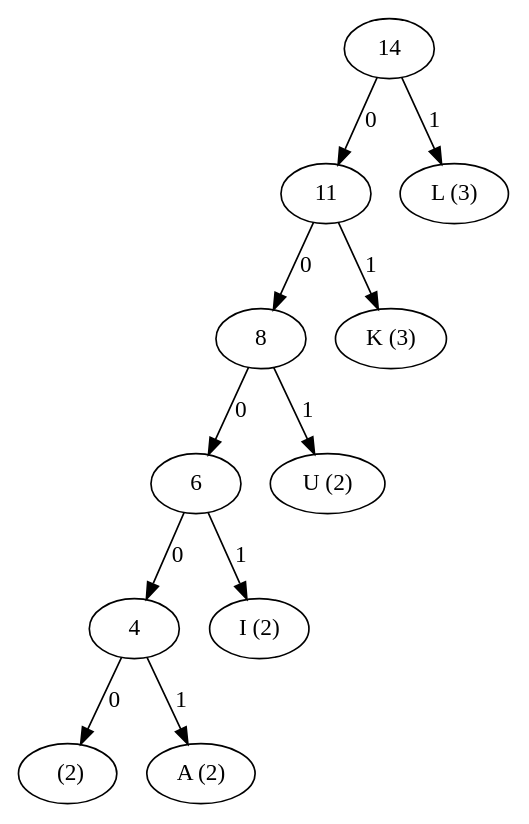
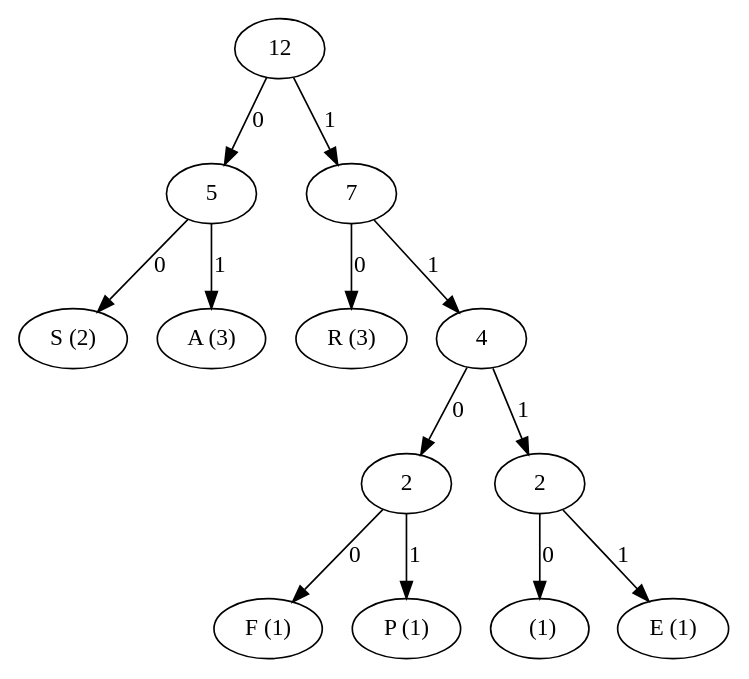
Before and after one commit to ufarqrobbany/huffman_code_tubes_sda: the diagram in huffman_tree.dot, drawn with Graphviz. The commit also changed 2 other files, not shown here.

```diff
--- a/huffman_tree.dot
+++ b/huffman_tree.dot
@@ -1,23 +1,27 @@
 digraph G {
-    "00D31800" [label="14"];
-    "00D31800" -> "00D317E0" [label="0"];
-    "00D317E0" [label="11"];
-    "00D317E0" -> "00D317C0" [label="0"];
-    "00D317C0" [label="8"];
-    "00D317C0" -> "00D317A0" [label="0"];
-    "00D317A0" [label="6"];
-    "00D317A0" -> "00D31780" [label="0"];
-    "00D31780" [label="4"];
-    "00D31780" -> "00D31740" [label="0"];
-    "00D31740" [label="  (2)"];
-    "00D31780" -> "00D31720" [label="1"];
-    "00D31720" [label="A (2)"];
-    "00D317A0" -> "00D31B60" [label="1"];
-    "00D31B60" [label="I (2)"];
-    "00D317C0" -> "00D31760" [label="1"];
-    "00D31760" [label="U (2)"];
-    "00D317E0" -> "00D31700" [label="1"];
-    "00D31700" [label="K (3)"];
-    "00D31800" -> "00D31B40" [label="1"];
-    "00D31B40" [label="L (3)"];
+    "00E01840" [label="12"];
+    "00E01840" -> "00E01800" [label="0"];
+    "00E01800" [label="5"];
+    "00E01800" -> "00E01720" [label="0"];
+    "00E01720" [label="S (2)"];
+    "00E01800" -> "00E01B60" [label="1"];
+    "00E01B60" [label="A (3)"];
+    "00E01840" -> "00E01820" [label="1"];
+    "00E01820" [label="7"];
+    "00E01820" -> "00E01700" [label="0"];
+    "00E01700" [label="R (3)"];
+    "00E01820" -> "00E017E0" [label="1"];
+    "00E017E0" [label="4"];
+    "00E017E0" -> "00E017C0" [label="0"];
+    "00E017C0" [label="2"];
+    "00E017C0" -> "00E01B40" [label="0"];
+    "00E01B40" [label="F (1)"];
+    "00E017C0" -> "00E01760" [label="1"];
+    "00E01760" [label="P (1)"];
+    "00E017E0" -> "00E017A0" [label="1"];
+    "00E017A0" [label="2"];
+    "00E017A0" -> "00E01740" [label="0"];
+    "00E01740" [label="  (1)"];
+    "00E017A0" -> "00E01780" [label="1"];
+    "00E01780" [label="E (1)"];
 }
```
